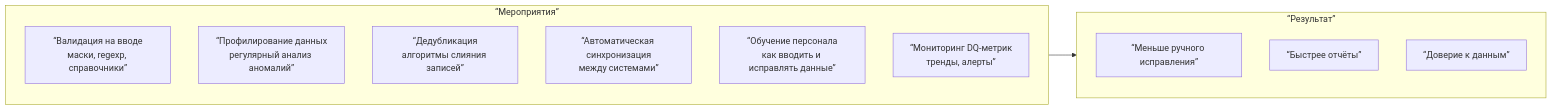
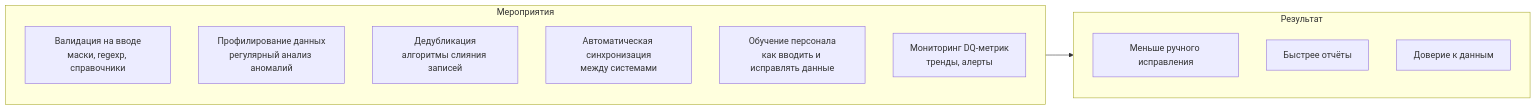
Before and after one commit to bpmbpm/doc: diagram 11 of 13 in EA/DataQuality/case/case1/course/course_v2.md, drawn with Mermaid. The commit also changed other lines of this file, not shown here.

````diff
--- a/EA/DataQuality/case/case1/course/course_v2.md
+++ b/EA/DataQuality/case/case1/course/course_v2.md
@@ -393,19 +311,19 @@
 ```mermaid
 flowchart LR
-    subgraph MEASURES [“Мероприятия”]
-        M1[“Валидация на вводе<br>маски, regexp, справочники”]
-        M2[“Профилирование данных<br>регулярный анализ аномалий”]
-        M3[“Дедубликация<br>алгоритмы слияния записей”]
-        M4[“Автоматическая синхронизация<br>между системами”]
-        M5[“Обучение персонала<br>как вводить и исправлять данные”]
-        M6[“Мониторинг DQ-метрик<br>тренды, алерты”]
+    subgraph MEASURES ["Мероприятия"]
+        M1["Валидация на вводе<br>маски, regexp, справочники"]
+        M2["Профилирование данных<br>регулярный анализ аномалий"]
+        M3["Дедубликация<br>алгоритмы слияния записей"]
+        M4["Автоматическая синхронизация<br>между системами"]
+        M5["Обучение персонала<br>как вводить и исправлять данные"]
+        M6["Мониторинг DQ-метрик<br>тренды, алерты"]
     end
     
-    subgraph RESULT [“Результат”]
-        R1[“Меньше ручного исправления”]
-        R2[“Быстрее отчёты”]
-        R3[“Доверие к данным”]
+    subgraph RESULT ["Результат"]
+        R1["Меньше ручного исправления"]
+        R2["Быстрее отчёты"]
+        R3["Доверие к данным"]
     end
     
     MEASURES --> RESULT
 ```
````
